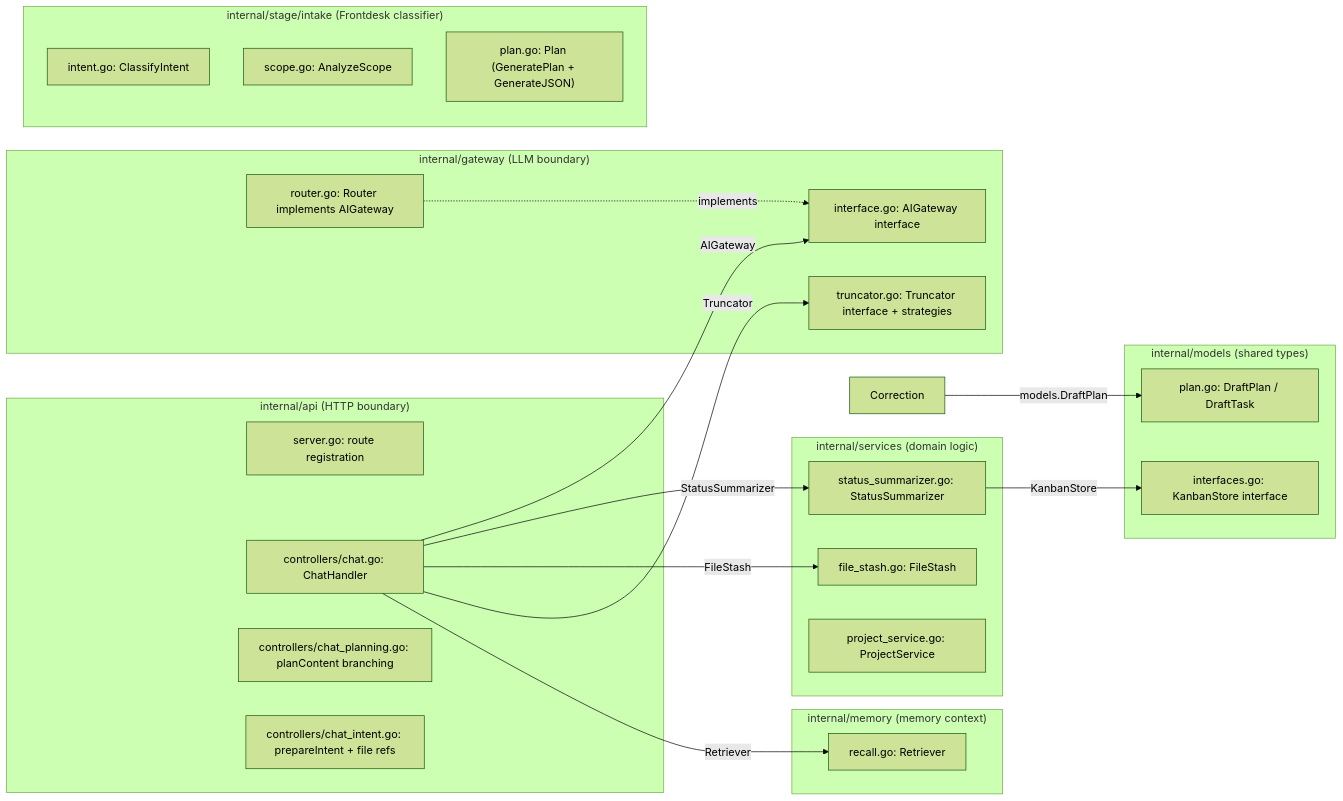
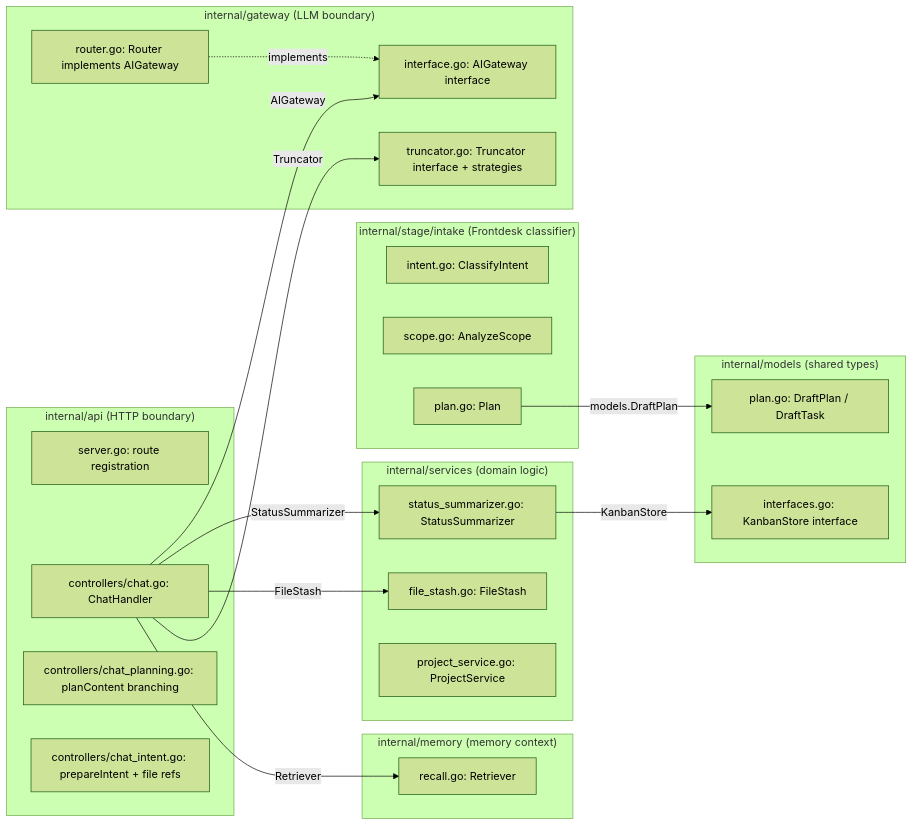
The second of 2 diagrams in docs/frontdesk.md (Israel-Laguan/agentd), drawn with Mermaid (forest theme) before and after one commit. The commit also changed other lines of this file, not shown here.

Commit message:
docs(docs): update frontdesk architecture diagrams and responsibility matrix
Refine the documentation in `docs/frontdesk.md` to accurately reflect the
reassignment of responsibilities following the relocation of intent,
scope, and plan generation logic from the gateway to the intake stage.

- Update Mermaid diagrams to show `plan.go` as part of the intake stage
- Adjust the responsibility matrix to move system prompts and plan
  generation from `internal/gateway` to `internal/stage/intake`

````diff
--- a/docs/frontdesk.md
+++ b/docs/frontdesk.md
@@ -35,45 +35,45 @@
 ```mermaid
 graph LR
     subgraph api ["internal/api (HTTP boundary)"]
         Server["server.go: route registration"]
         ChatCtrl["controllers/chat.go: ChatHandler"]
         PlanCtrl["controllers/chat_planning.go: planContent branching"]
         IntentCtrl["controllers/chat_intent.go: prepareIntent + file refs"]
     end
 
     subgraph gw ["internal/gateway (LLM boundary)"]
         Interface["interface.go: AIGateway interface"]
         RouterImpl["router.go: Router implements AIGateway"]
         Truncator["truncator.go: Truncator interface + strategies"]
     end
 
     subgraph intake ["internal/stage/intake (Frontdesk classifier)"]
         Intent["intent.go: ClassifyIntent"]
         Scope["scope.go: AnalyzeScope"]
-        PlanGen["plan.go: Plan (GeneratePlan + GenerateJSON)"]
+        PlanGen["plan.go: Plan"]
     end
 
     subgraph svc ["internal/services (domain logic)"]
         Summarizer["status_summarizer.go: StatusSummarizer"]
         Stash["file_stash.go: FileStash"]
         ProjectSvc["project_service.go: ProjectService"]
     end
 
     subgraph mem ["internal/memory (memory context)"]
         RetrieverNode["recall.go: Retriever"]
     end
 
     subgraph models ["internal/models (shared types)"]
         Plan["plan.go: DraftPlan / DraftTask"]
         Store["interfaces.go: KanbanStore interface"]
     end
 
     ChatCtrl -->|"AIGateway"| Interface
     ChatCtrl -->|"StatusSummarizer"| Summarizer
     ChatCtrl -->|"FileStash"| Stash
     ChatCtrl -->|"Truncator"| Truncator
     ChatCtrl -->|"Retriever"| RetrieverNode
     RouterImpl -.->|"implements"| Interface
     Summarizer -->|"KanbanStore"| Store
-    Correction -->|"models.DraftPlan"| Plan
+    PlanGen -->|"models.DraftPlan"| Plan
 ```
````
